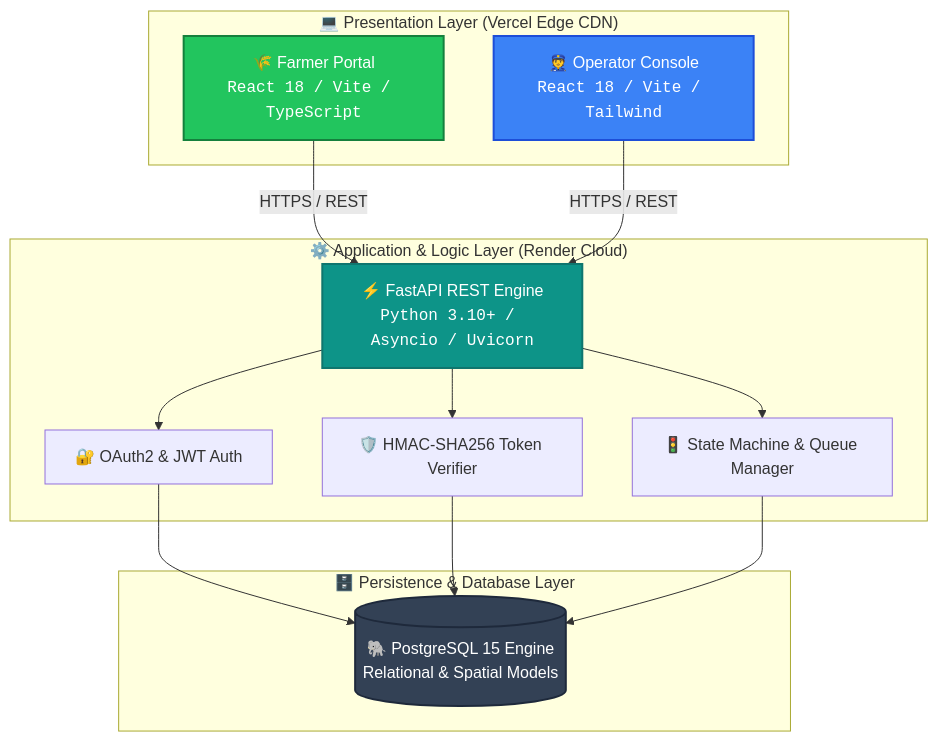
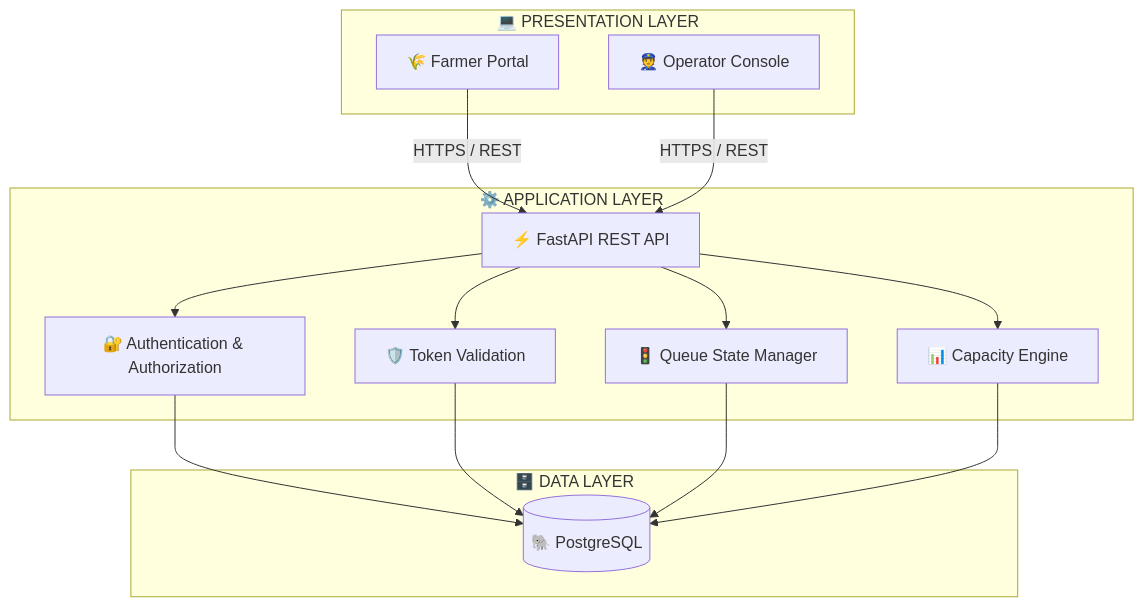
Before and after one commit to mugazhvan/cold-cipher-proc: the second of 3 diagrams in README.md, drawn with Mermaid. The commit also changed other lines of this file, not shown here.

````diff
--- a/README.md
+++ b/README.md
@@ -183,30 +264,33 @@
 ```mermaid
-graph TB
-    subgraph Clients[" 💻 Presentation Layer (Vercel Edge CDN) "]
-        FA["🌾 Farmer Portal<br/><code>React 18 / Vite / TypeScript</code>"]
-        MA["👮 Operator Console<br/><code>React 18 / Vite / Tailwind</code>"]
+flowchart TB
+
+    subgraph CLIENT["💻 PRESENTATION LAYER"]
+        FARMER["🌾 Farmer Portal"]
+        OPERATOR["👮 Operator Console"]
     end
 
-    subgraph BackendServices[" ⚙️ Application & Logic Layer (Render Cloud) "]
-        API["⚡ FastAPI REST Engine<br/><code>Python 3.10+ / Asyncio / Uvicorn</code>"]
-        AUTH["🔐 OAuth2 & JWT Auth"]
-        SEC["🛡️ HMAC-SHA256 Token Verifier"]
-        QUEUE["🚦 State Machine & Queue Manager"]
+    subgraph API["⚙️ APPLICATION LAYER"]
+        FASTAPI["⚡ FastAPI REST API"]
+        AUTH["🔐 Authentication & Authorization"]
+        SECURITY["🛡️ Token Validation"]
+        QUEUE["🚦 Queue State Manager"]
+        CAPACITY["📊 Capacity Engine"]
     end
 
-    subgraph DataStorage[" 🗄️ Persistence & Database Layer "]
-        DB[("🐘 PostgreSQL 15 Engine<br/>Relational & Spatial Models")]
+    subgraph DATA["🗄️ DATA LAYER"]
+        DB[("🐘 PostgreSQL")]
     end
 
-    FA -->|"HTTPS / REST"| API
-    MA -->|"HTTPS / REST"| API
-    API --> AUTH
-    API --> SEC
-    API --> QUEUE
-    AUTH & SEC & QUEUE --> DB
+    FARMER -->|HTTPS / REST| FASTAPI
+    OPERATOR -->|HTTPS / REST| FASTAPI
 
-    style FA fill:#22c55e,stroke:#15803d,stroke-width:2px,color:#ffffff
-    style MA fill:#3b82f6,stroke:#1d4ed8,stroke-width:2px,color:#ffffff
-    style API fill:#0d9488,stroke:#0f766e,stroke-width:2px,color:#ffffff
-    style DB fill:#334155,stroke:#1e293b,stroke-width:2px,color:#ffffff
+    FASTAPI --> AUTH
+    FASTAPI --> SECURITY
+    FASTAPI --> QUEUE
+    FASTAPI --> CAPACITY
+
+    AUTH --> DB
+    SECURITY --> DB
+    QUEUE --> DB
+    CAPACITY --> DB
 ```
````
